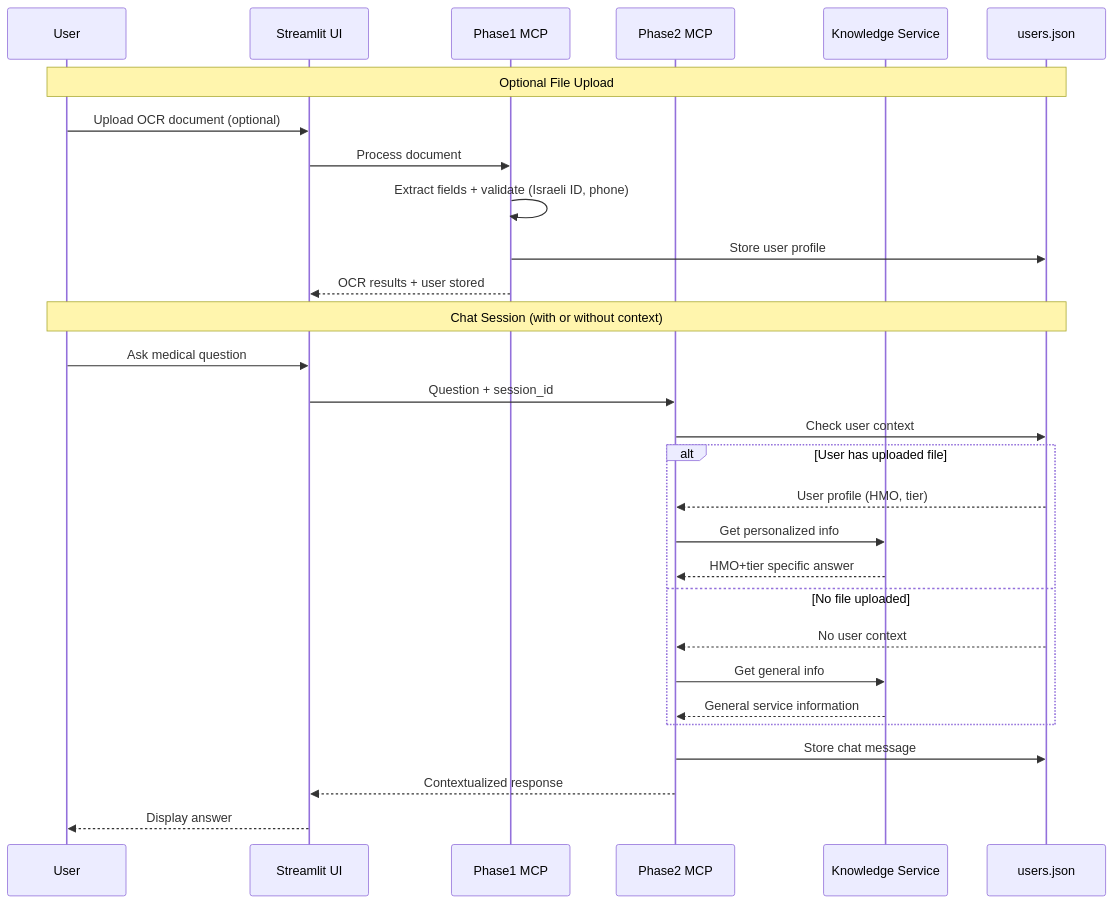
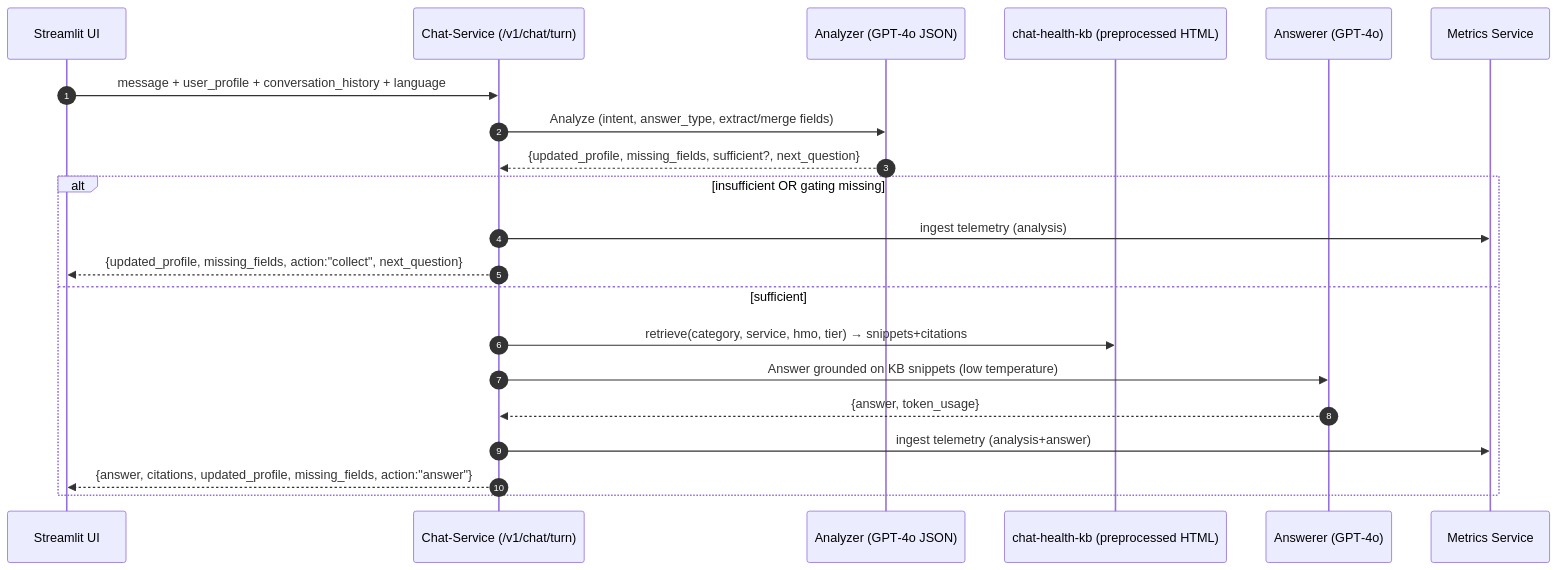
Before and after one commit to LaviBenshimol/genai-ocr-chatbot: the second of 5 diagrams in submission_readme.md, drawn with Mermaid. The commit also changed other lines of this file and 37 other files, not shown here.

````diff
--- a/submission_readme.md
+++ b/submission_readme.md
@@ -98,35 +215,24 @@
 ```mermaid
 sequenceDiagram
-    participant U as User
-    participant UI as Streamlit UI
-    participant P1 as Phase1 MCP
-    participant P2 as Phase2 MCP
-    participant KS as Knowledge Service
-    participant DB as users.json
-    
-    Note over U,DB: Optional File Upload
-    U->>UI: Upload OCR document (optional)
-    UI->>P1: Process document
-    P1->>P1: Extract fields + validate (Israeli ID, phone)
-    P1->>DB: Store user profile
-    P1-->>UI: OCR results + user stored
-    
-    Note over U,DB: Chat Session (with or without context)
-    U->>UI: Ask medical question
-    UI->>P2: Question + session_id
-    P2->>DB: Check user context
-    
-    alt User has uploaded file
-        DB-->>P2: User profile (HMO, tier)
-        P2->>KS: Get personalized info
-        KS-->>P2: HMO+tier specific answer
-    else No file uploaded
-        DB-->>P2: No user context
-        P2->>KS: Get general info  
-        KS-->>P2: General service information
-    end
-    
-    P2->>DB: Store chat message
-    P2-->>UI: Contextualized response
-    UI-->>U: Display answer
+  autonumber
+  participant UI as Streamlit UI
+  participant CS as Chat-Service (/v1/chat/turn)
+  participant AN as Analyzer (GPT‑4o JSON)
+  participant KB as chat-health-kb (preprocessed HTML)
+  participant QA as Answerer (GPT‑4o)
+  participant MS as Metrics Service
+
+  UI->>CS: message + user_profile + conversation_history + language
+  CS->>AN: Analyze (intent, answer_type, extract/merge fields)
+  AN-->>CS: {updated_profile, missing_fields, sufficient?, next_question}
+  alt insufficient OR gating missing
+    CS->>MS: ingest telemetry (analysis)
+    CS-->>UI: {updated_profile, missing_fields, action:"collect", next_question}
+  else sufficient
+    CS->>KB: retrieve(category, service, hmo, tier) → snippets+citations
+    CS->>QA: Answer grounded on KB snippets (low temperature)
+    QA-->>CS: {answer, token_usage}
+    CS->>MS: ingest telemetry (analysis+answer)
+    CS-->>UI: {answer, citations, updated_profile, missing_fields, action:"answer"}
+  end
 ```
````
